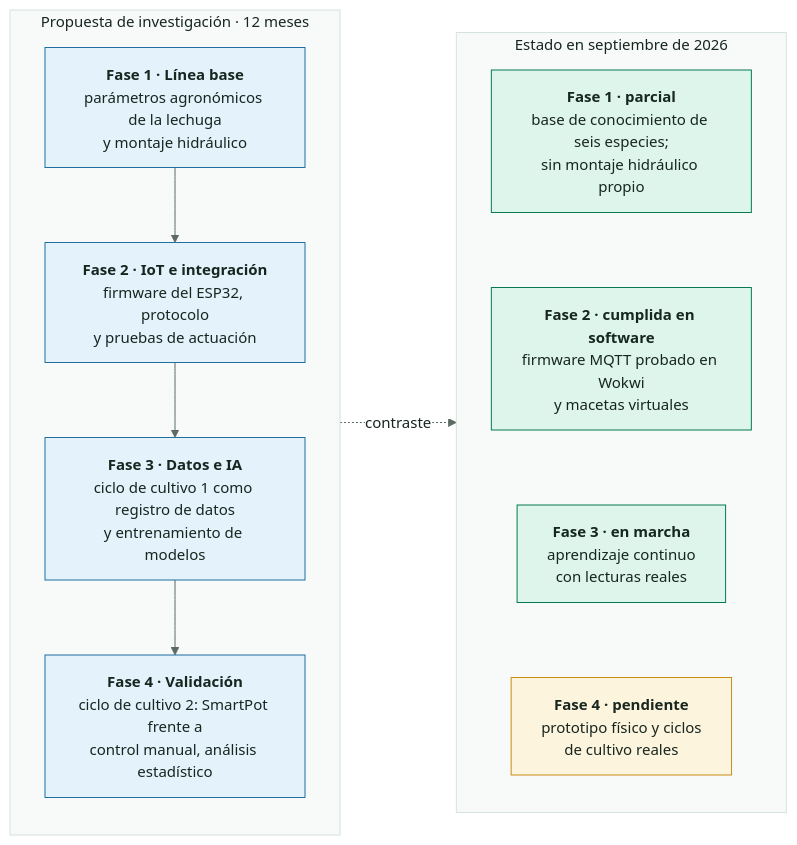
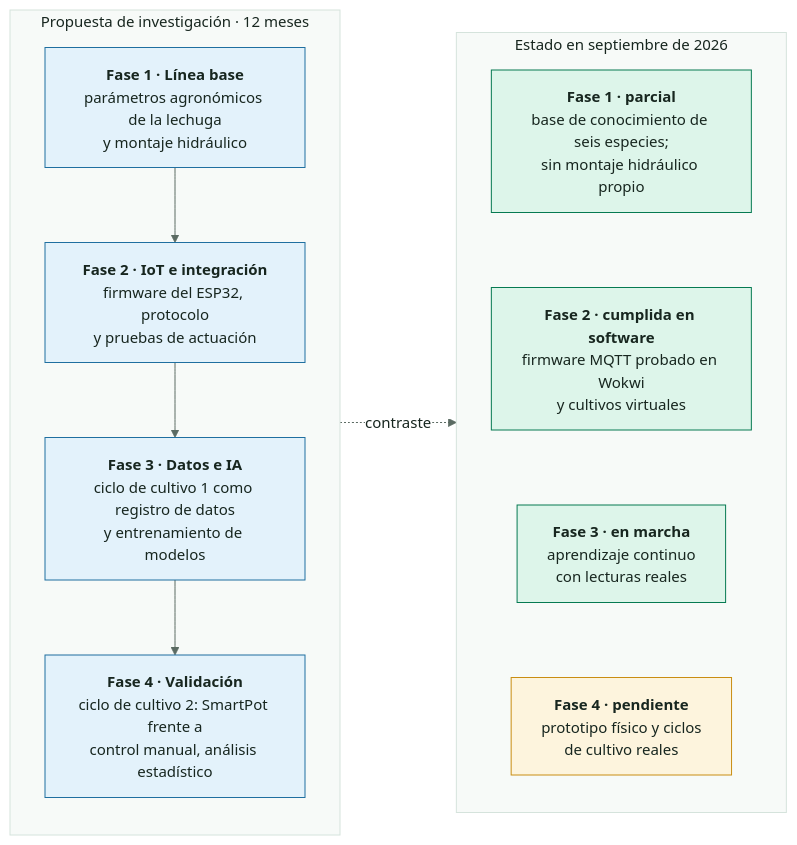
One commit to SmartPotTech/.github changed the diagram in docs/diagrams/SmartPot_36_Research_Phases.mmd. Above: the diagram before and after it, drawn with Mermaid.

Commit message:
Mention virtual crops in the research phases

```diff
--- a/docs/diagrams/SmartPot_36_Research_Phases.mmd
+++ b/docs/diagrams/SmartPot_36_Research_Phases.mmd
@@ -1,29 +1,29 @@
 %%{init: {"theme": "base", "fontFamily": "Segoe UI, Arial, sans-serif", "themeVariables": {"fontFamily": "Segoe UI, Arial, sans-serif", "fontSize": "15px", "primaryColor": "#DDF5EA", "primaryTextColor": "#17261F", "primaryBorderColor": "#067A52", "secondaryColor": "#E3F2FB", "secondaryTextColor": "#17261F", "secondaryBorderColor": "#1F6FA0", "tertiaryColor": "#F2F7F4", "tertiaryTextColor": "#17261F", "tertiaryBorderColor": "#D5E3DC", "lineColor": "#5B6B63", "textColor": "#17261F", "mainBkg": "#DDF5EA", "nodeBorder": "#067A52", "clusterBkg": "#F7FAF8", "clusterBorder": "#D5E3DC", "edgeLabelBackground": "#FFFFFF", "actorBkg": "#067A52", "actorBorder": "#0B3D2B", "actorTextColor": "#FFFFFF", "actorLineColor": "#5B6B63", "signalColor": "#17261F", "signalTextColor": "#17261F", "labelBoxBkgColor": "#0B3D2B", "labelBoxBorderColor": "#0B3D2B", "labelTextColor": "#FFFFFF", "loopTextColor": "#0B3D2B", "noteBkgColor": "#FDF4DD", "noteBorderColor": "#C98D12", "noteTextColor": "#17261F", "activationBkgColor": "#DDF5EA", "activationBorderColor": "#067A52", "attributeBackgroundColorOdd": "#FFFFFF", "attributeBackgroundColorEven": "#F2F7F4"}}}%%
 flowchart LR
   subgraph propuesta["Propuesta de investigación · 12 meses"]
     direction TB
     f1["<b>Fase 1 · Línea base</b><br/>parámetros agronómicos de la lechuga<br/>y montaje hidráulico"]
     f2["<b>Fase 2 · IoT e integración</b><br/>firmware del ESP32, protocolo<br/>y pruebas de actuación"]
     f3["<b>Fase 3 · Datos e IA</b><br/>ciclo de cultivo 1 como registro de datos<br/>y entrenamiento de modelos"]
     f4["<b>Fase 4 · Validación</b><br/>ciclo de cultivo 2: SmartPot frente a<br/>control manual, análisis estadístico"]
     f1 --> f2 --> f3 --> f4
   end
   subgraph hoy["Estado en septiembre de 2026"]
     direction TB
     h1["<b>Fase 1 · parcial</b><br/>base de conocimiento de seis especies;<br/>sin montaje hidráulico propio"]
-    h2["<b>Fase 2 · cumplida en software</b><br/>firmware MQTT probado en Wokwi<br/>y macetas virtuales"]
+    h2["<b>Fase 2 · cumplida en software</b><br/>firmware MQTT probado en Wokwi<br/>y cultivos virtuales"]
     h3["<b>Fase 3 · en marcha</b><br/>aprendizaje continuo<br/>con lecturas reales"]
     h4["<b>Fase 4 · pendiente</b><br/>prototipo físico y ciclos<br/>de cultivo reales"]
     h1 ~~~ h2 ~~~ h3 ~~~ h4
   end
   propuesta -. "contraste" .-> hoy
   classDef leaf fill:#DDF5EA,stroke:#067A52,color:#17261F
   classDef water fill:#E3F2FB,stroke:#1F6FA0,color:#17261F
   classDef sun fill:#FDF4DD,stroke:#C98D12,color:#17261F
   classDef clay fill:#FBE9E1,stroke:#B85A38,color:#17261F
   classDef core fill:#067A52,stroke:#0B3D2B,color:#FFFFFF
   classDef deep fill:#0B3D2B,stroke:#06281C,color:#FFFFFF
   classDef muted fill:#F2F7F4,stroke:#5B6B63,color:#17261F
   class f1,f2,f3,f4 water
   class h1,h2,h3 leaf
   class h4 sun
```
